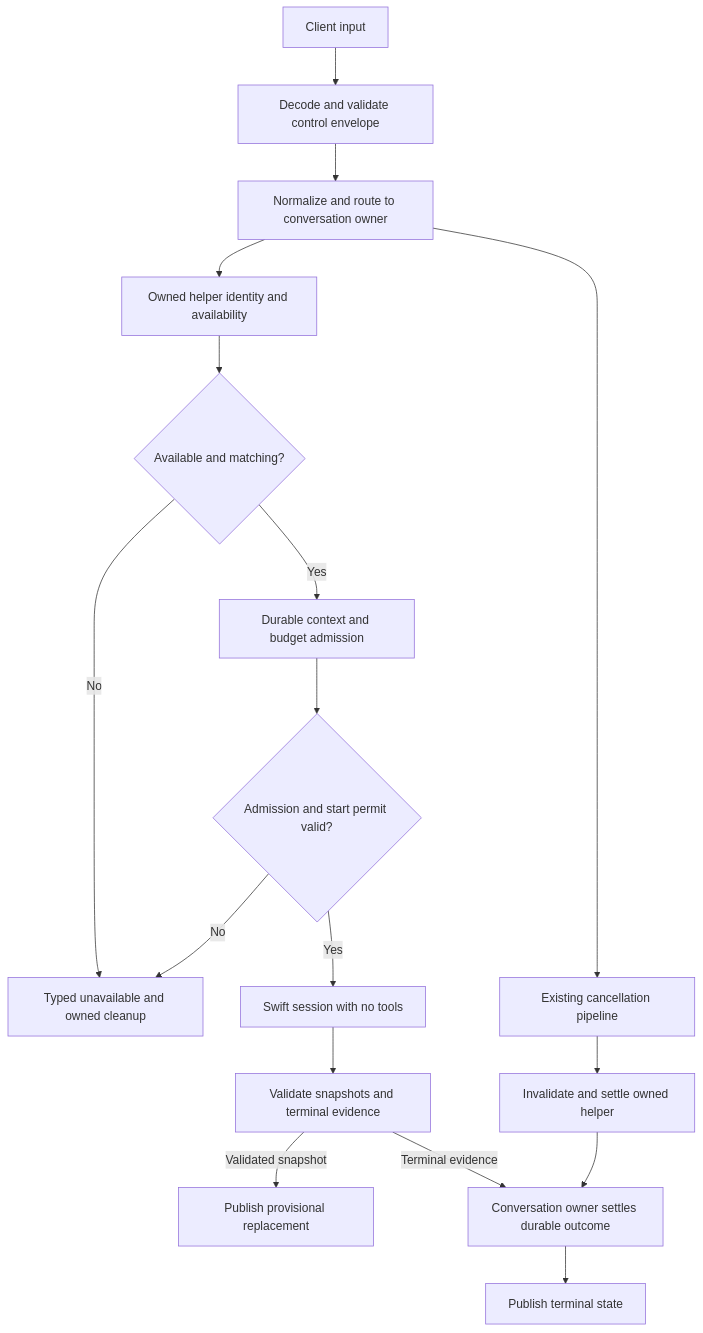
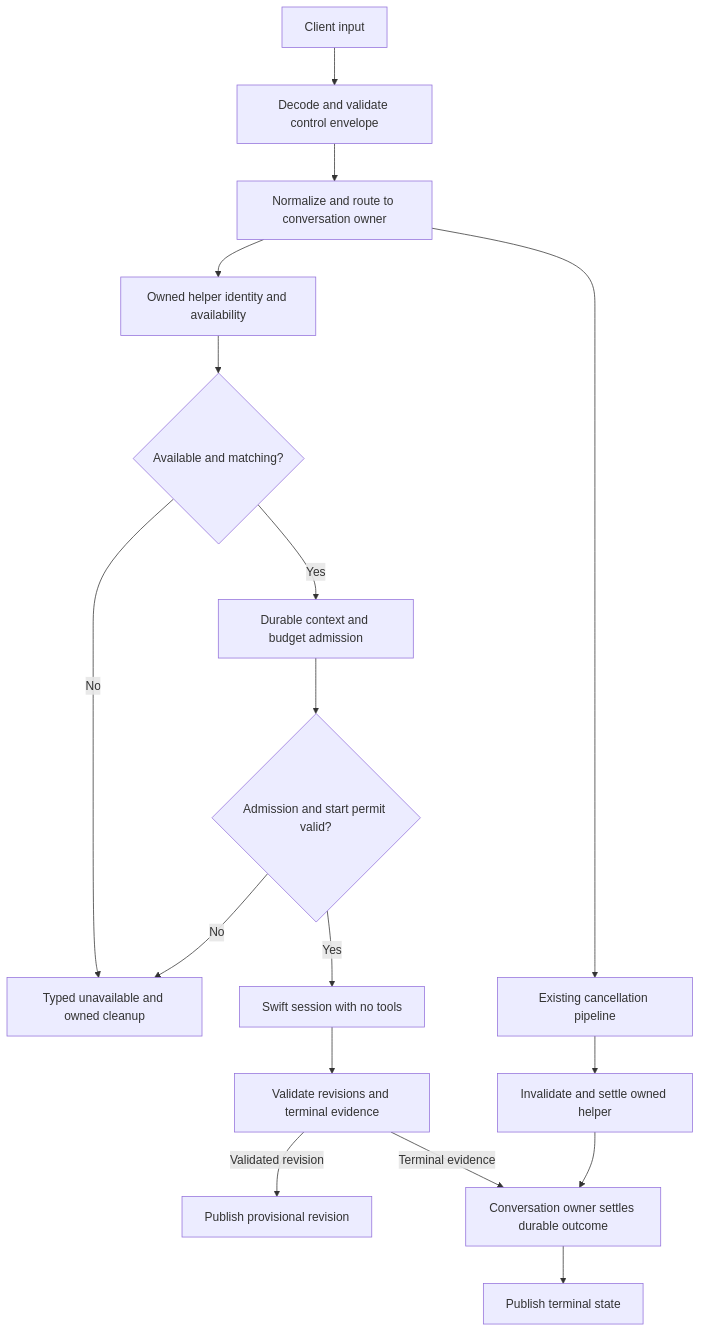
One commit to pidster/asura changed the tenth of 11 diagrams in docs/designs/swift-rust-boundary.md. Above: the diagram before and after it, drawn with Mermaid. The commit also changed other lines of this file and 47 other files, not shown here.

````diff
--- a/docs/designs/swift-rust-boundary.md
+++ b/docs/designs/swift-rust-boundary.md
@@ -1021,19 +1026,19 @@
 ```mermaid
 flowchart TD
     Input["Client input"] --> Decode["Decode and validate control envelope"]
     Decode --> Route["Normalize and route to conversation owner"]
     Route --> Discover["Owned helper identity and availability"]
     Discover --> Ready{"Available and matching?"}
     Ready -->|No| Reject["Typed unavailable and owned cleanup"]
     Ready -->|Yes| Admit["Durable context and budget admission"]
     Admit --> Permit{"Admission and start permit valid?"}
     Permit -->|No| Reject
     Permit -->|Yes| Model["Swift session with no tools"]
-    Model --> Evidence["Validate snapshots and terminal evidence"]
-    Evidence -->|Validated snapshot| Preview["Publish provisional replacement"]
+    Model --> Evidence["Validate revisions and terminal evidence"]
+    Evidence -->|Validated revision| Preview["Publish provisional revision"]
     Evidence -->|Terminal evidence| Settle["Conversation owner settles durable outcome"]
     Settle --> Publish["Publish terminal state"]
     Route --> Cancel["Existing cancellation pipeline"]
     Cancel --> Cleanup["Invalidate and settle owned helper"]
     Cleanup --> Settle
 ```
````
